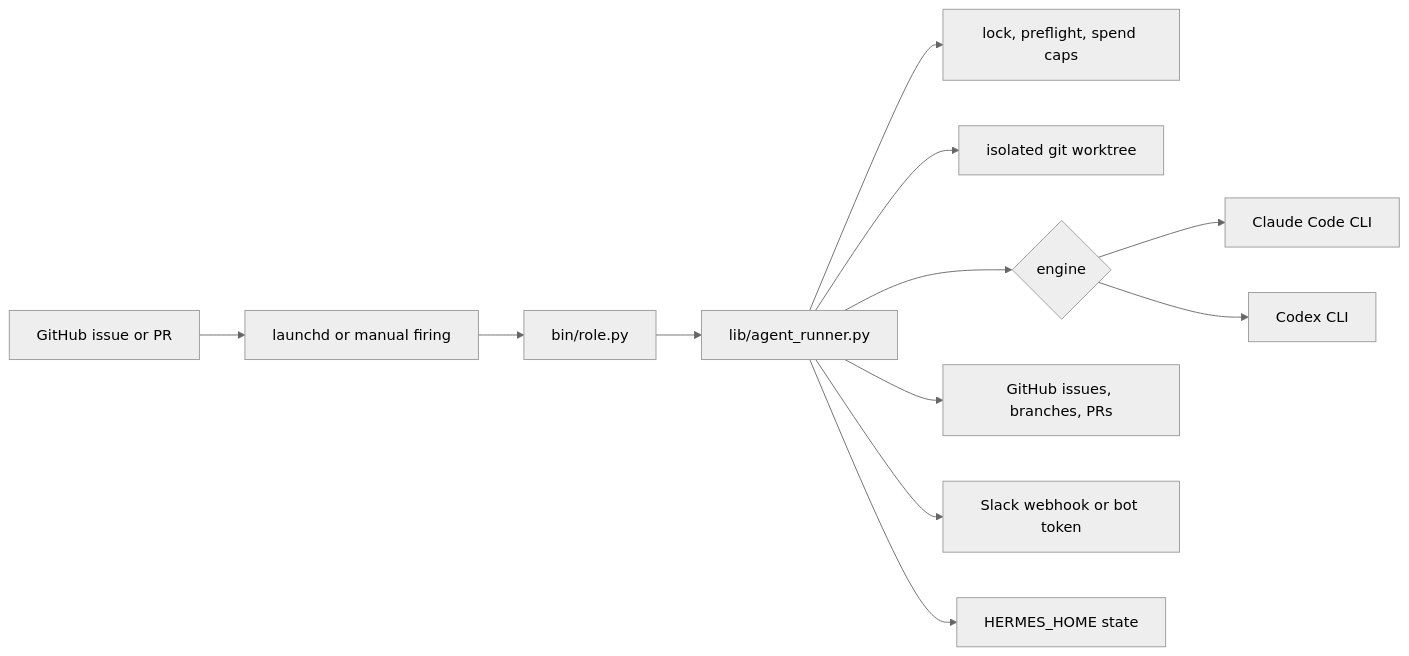
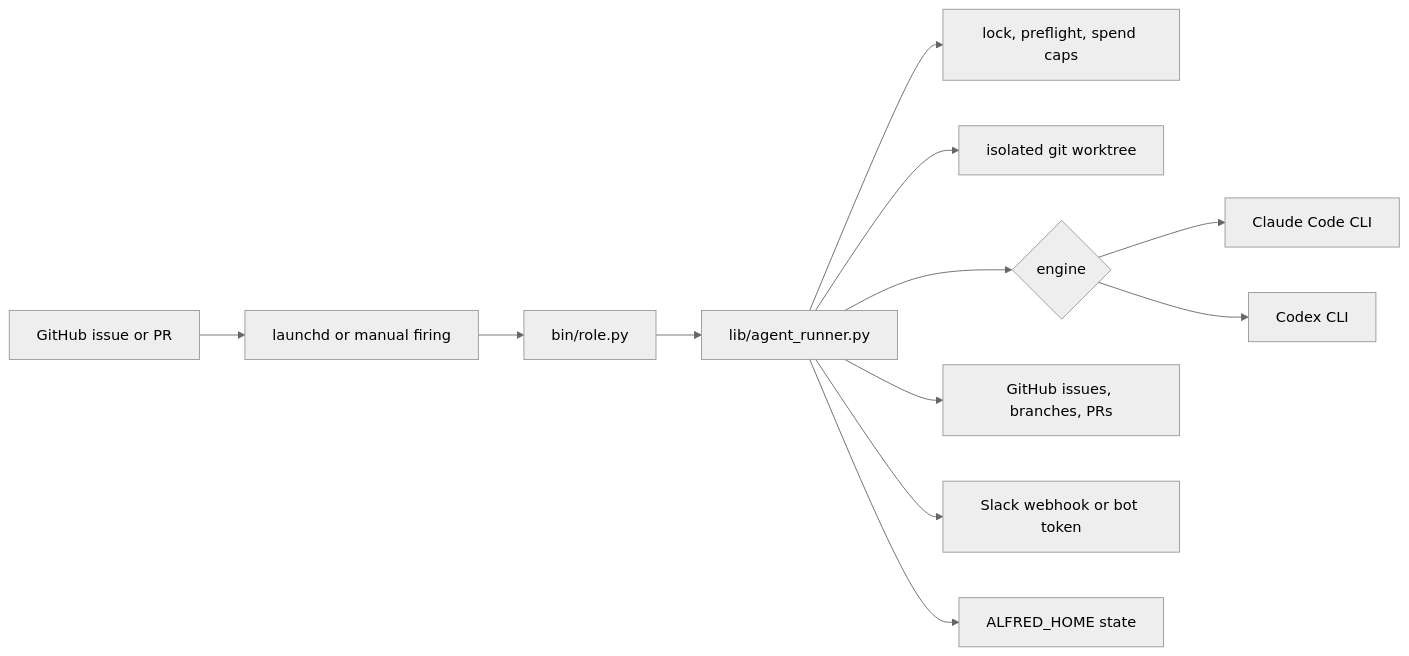
The diagram in README.md (luminik-io/alfred-os), drawn with Mermaid (neutral theme) before and after one commit. The commit also changed other lines of this file and 92 other files, not shown here.

Commit message:
refactor: standardize Alfred runtime home

````diff
--- a/README.md
+++ b/README.md
@@ -53,14 +50,14 @@
 ```mermaid
 flowchart LR
     issue["GitHub issue or PR"] --> schedule["launchd or manual firing"]
     schedule --> runner["bin/role.py"]
     runner --> shared["lib/agent_runner.py"]
     shared --> lock["lock, preflight, spend caps"]
     shared --> worktree["isolated git worktree"]
     shared --> engine{"engine"}
     engine --> claude["Claude Code CLI"]
     engine --> codex["Codex CLI"]
     shared --> github["GitHub issues, branches, PRs"]
     shared --> slack["Slack webhook or bot token"]
-    shared --> state["HERMES_HOME state"]
+    shared --> state["ALFRED_HOME state"]
 ```
````
